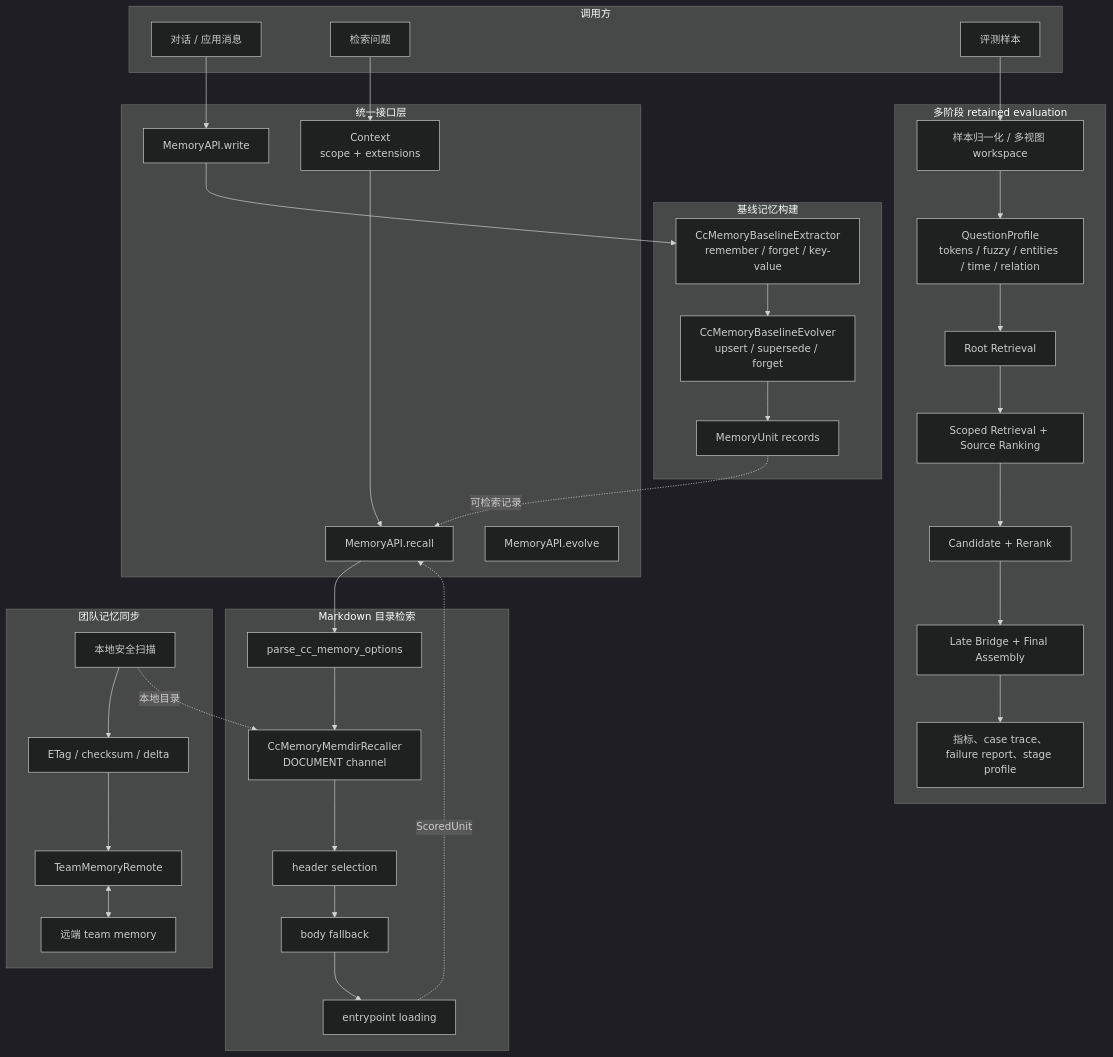
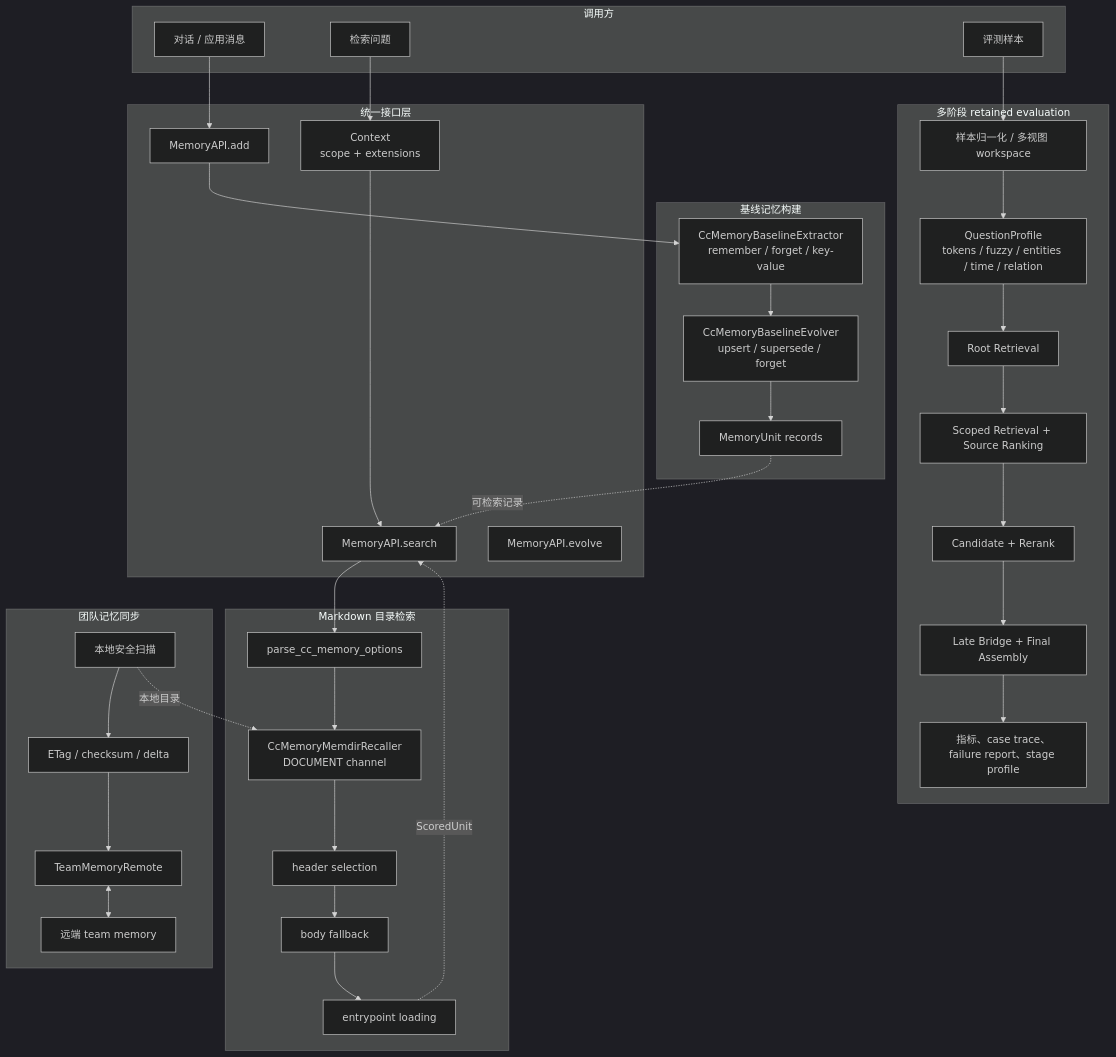
The first of 4 diagrams in docs/features/construction/F04-cc-memory-compat.md (openJiuwen-ai/agent-memory), drawn with Mermaid (dark theme) before and after one commit. The commit also changed other lines of this file and 57 other files, not shown here.

Commit message:
feat(memory): 对外接口名称修改，*recall*改为*search*，*write*改为*add*

````diff
--- a/docs/features/construction/F04-cc-memory-compat.md
+++ b/docs/features/construction/F04-cc-memory-compat.md
@@ -20,55 +20,55 @@
 ```mermaid
 flowchart TB
     subgraph Client[调用方]
         C1[对话 / 应用消息]
         C2[检索问题]
         C3[评测样本]
     end
 
     subgraph API[统一接口层]
-        A1[MemoryAPI.write]
-        A2[MemoryAPI.recall]
+        A1[MemoryAPI.add]
+        A2[MemoryAPI.search]
         A3[MemoryAPI.evolve]
         CTX[Context<br/>scope + extensions]
     end
 
     subgraph Baseline[基线记忆构建]
         B1[CcMemoryBaselineExtractor<br/>remember / forget / key-value]
         B2[CcMemoryBaselineEvolver<br/>upsert / supersede / forget]
         B3[MemoryUnit records]
     end
 
     subgraph Retrieval[Markdown 目录检索]
         R1[parse_cc_memory_options]
         R2[CcMemoryMemdirRecaller<br/>DOCUMENT channel]
         R3[header selection]
         R4[body fallback]
         R5[entrypoint loading]
     end
 
     subgraph Retained[多阶段 retained evaluation]
         E1[样本归一化 / 多视图 workspace]
         E2[QuestionProfile<br/>tokens / fuzzy / entities / time / relation]
         E3[Root Retrieval]
         E4[Scoped Retrieval + Source Ranking]
         E5[Candidate + Rerank]
         E6[Late Bridge + Final Assembly]
         E7[指标、case trace、failure report、stage profile]
     end
 
     subgraph Team[团队记忆同步]
         T1[本地安全扫描]
         T2[ETag / checksum / delta]
         T3[TeamMemoryRemote]
         T4[远端 team memory]
     end
 
     C1 --> A1 --> B1 --> B2 --> B3
     C2 --> CTX --> A2 --> R1 --> R2 --> R3
     R3 --> R4 --> R5
     C3 --> E1 --> E2 --> E3 --> E4 --> E5 --> E6 --> E7
     B3 -.可检索记录.-> A2
     R5 -.ScoredUnit.-> A2
     T1 --> T2 --> T3 <--> T4
     T1 -.本地目录.-> R2
 ```
````
